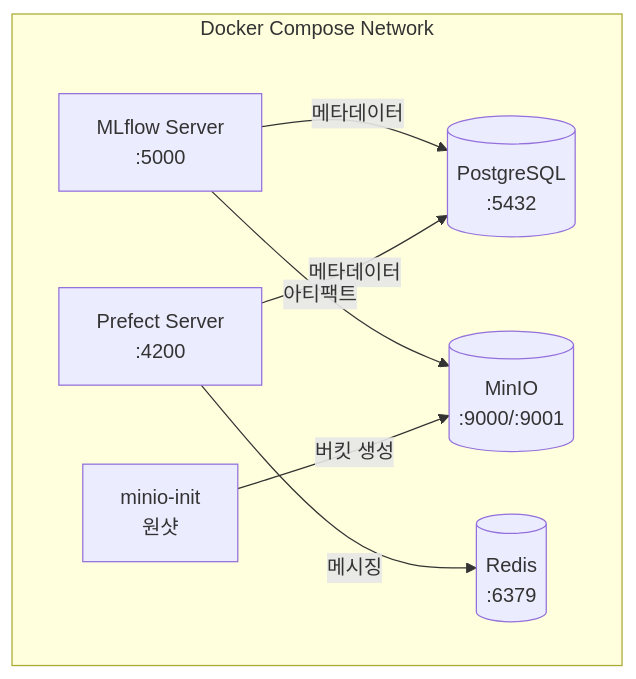
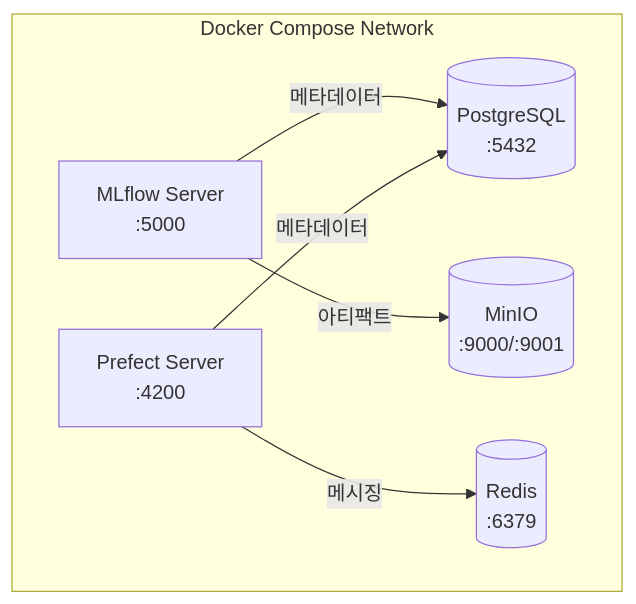
One commit to Jeongho-K/MLOps-Pipeline changed the first of 2 diagrams in docs/layer-1-infrastructure.md. Above: the diagram before and after it, drawn with Mermaid. The commit also changed other lines of this file and 15 other files, not shown here.

````diff
--- a/docs/layer-1-infrastructure.md
+++ b/docs/layer-1-infrastructure.md
@@ -9,17 +9,15 @@
 ```mermaid
 graph TB
     subgraph "Docker Compose Network"
         PG[(PostgreSQL<br/>:5432)]
         MIO[(MinIO<br/>:9000/:9001)]
         MLF[MLflow Server<br/>:5000]
         PF[Prefect Server<br/>:4200]
         RD[(Redis<br/>:6379)]
-        MI[minio-init<br/>원샷]
     end
 
     MLF -->|메타데이터| PG
     PF -->|메타데이터| PG
     MLF -->|아티팩트| MIO
     PF -->|메시징| RD
-    MI -->|버킷 생성| MIO
 ```
````
